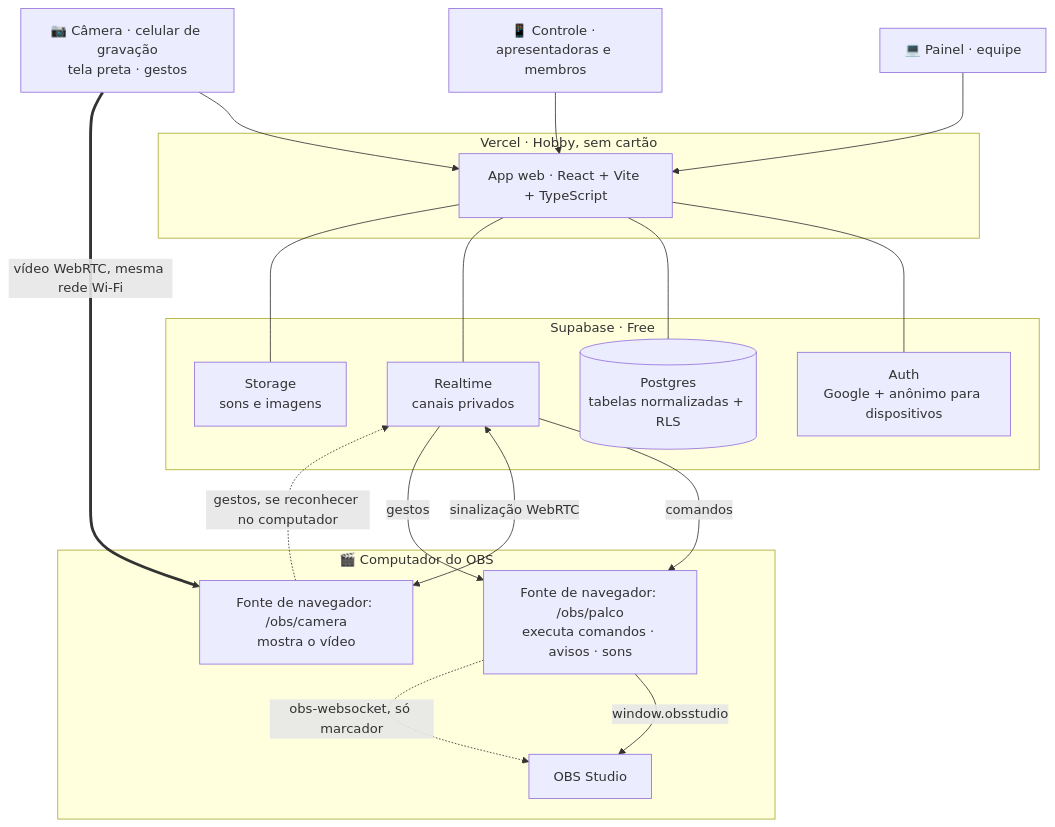
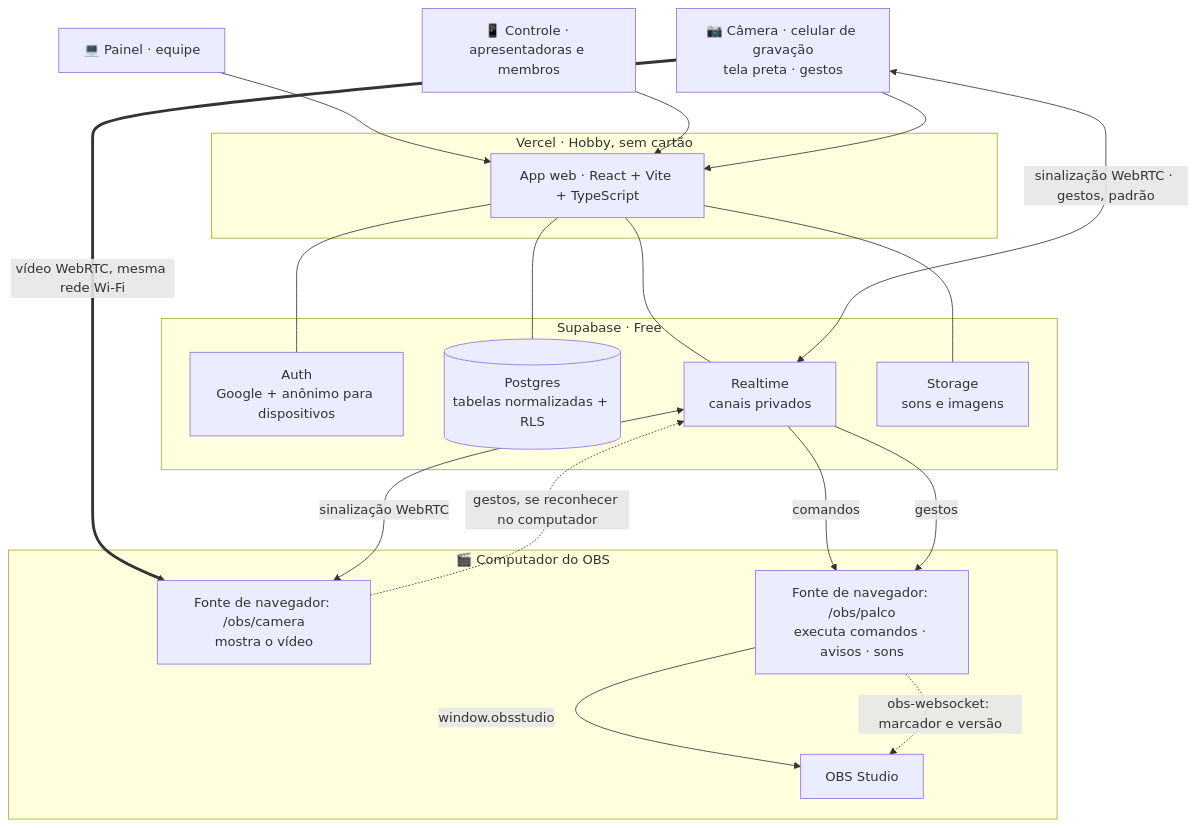
One commit to TokumoH/RevocastCameras changed the first of 3 diagrams in docs/desenho/2026-11-16-revocast-cameras-desenho.md. Above: the diagram before and after it, drawn with Mermaid. The commit also changed other lines of this file and 2 other files, not shown here.

````diff
--- a/docs/desenho/2026-11-16-revocast-cameras-desenho.md
+++ b/docs/desenho/2026-11-16-revocast-cameras-desenho.md
@@ -102,29 +102,30 @@
 ```mermaid
 flowchart TB
     subgraph Vercel[Vercel · Hobby, sem cartão]
       APP[App web · React + Vite + TypeScript]
     end
     subgraph Supa[Supabase · Free]
       AUTH[Auth<br/>Google + anônimo para dispositivos]
       DB[(Postgres<br/>tabelas normalizadas + RLS)]
       RT[Realtime<br/>canais privados]
       ST[Storage<br/>sons e imagens]
     end
     APP --- AUTH & DB & RT & ST
 
     PAI[💻 Painel · equipe] --> APP
     CTL[📱 Controle · apresentadoras e membros] --> APP
     CAM[📷 Câmera · celular de gravação<br/>tela preta · gestos] --> APP
     subgraph OBS[🎬 Computador do OBS]
       FV[Fonte de navegador: /obs/camera<br/>mostra o vídeo]
       FS[Fonte de navegador: /obs/palco<br/>executa comandos · avisos · sons]
       O[OBS Studio]
       FS -- window.obsstudio --> O
-      FS -. obs-websocket, só marcador .-> O
+      FS -. obs-websocket: marcador e versão .-> O
     end
     CAM == vídeo WebRTC, mesma rede Wi-Fi ==> FV
+    CAM <-->|sinalização WebRTC · gestos, padrão| RT
     RT -- comandos --> FS
     RT <-->|sinalização WebRTC| FV
     FV -. gestos, se reconhecer no computador .-> RT
     RT -- gestos --> FS
 ```
````
